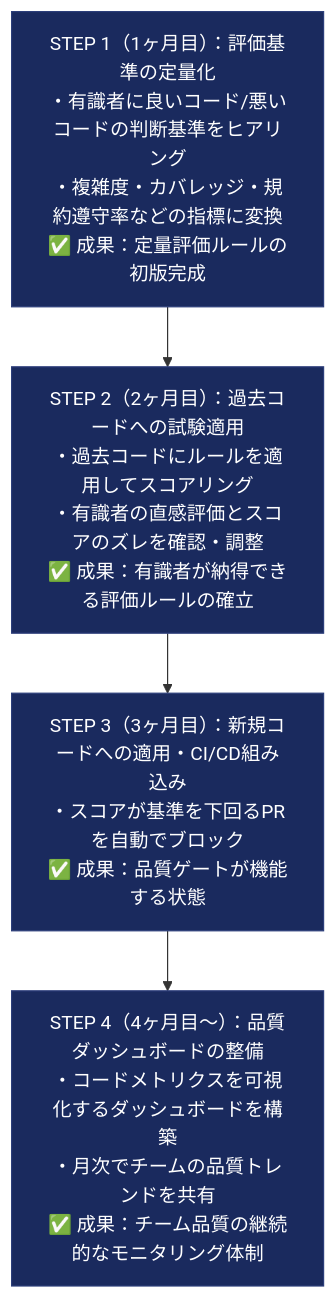
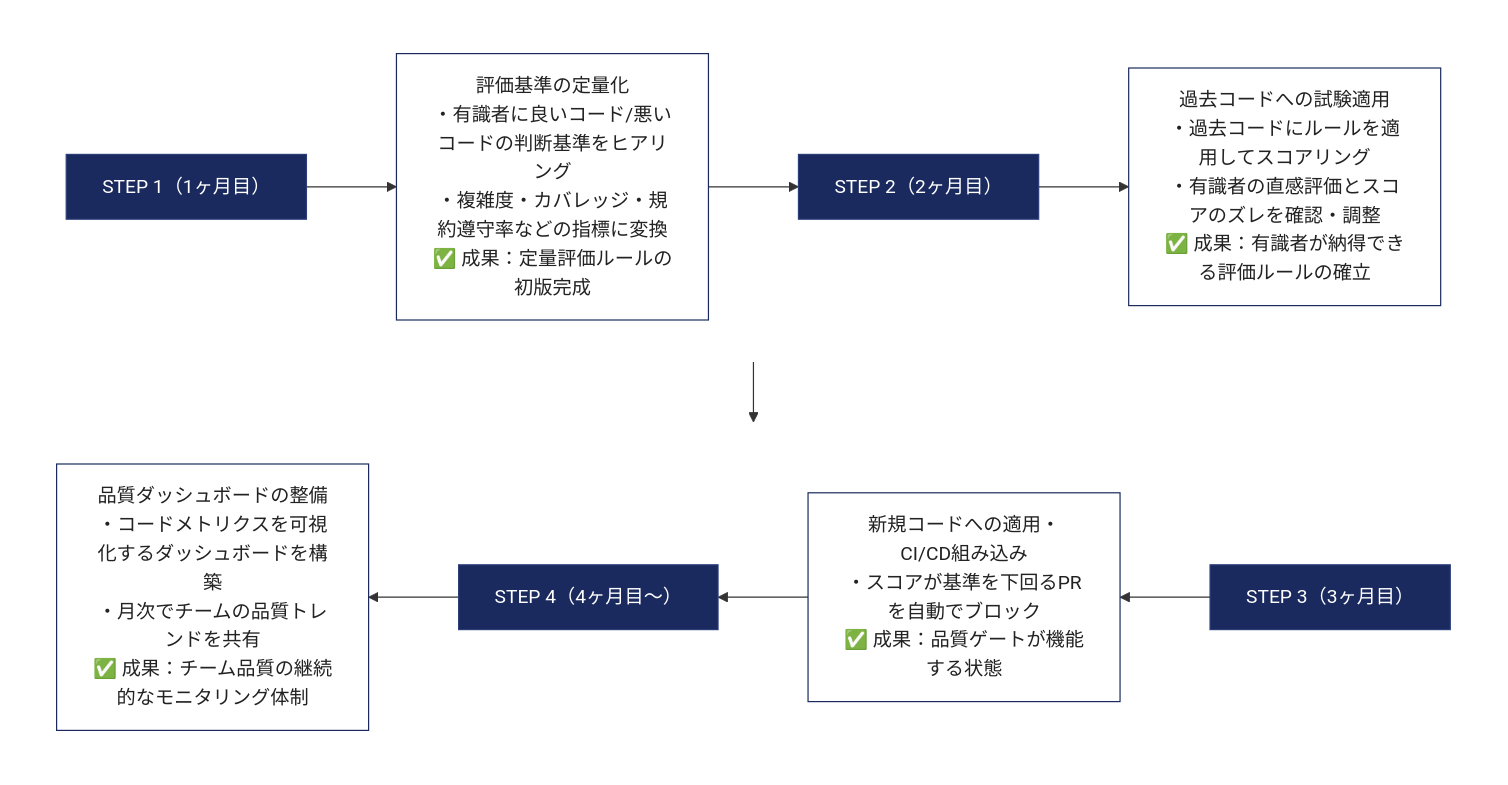
Before and after one commit to Kengo55555/My_Study: the second of 10 diagrams in AI_Idea/AI_ADOPTION_PROPOSAL.md, drawn with Mermaid. The commit also changed other lines of this file and 1 other file, not shown here.

Commit message:
Refactor proposal: bullet points, コ字 Mermaid layout, navy titles / white content nodes

````diff
--- a/AI_Idea/AI_ADOPTION_PROPOSAL.md
+++ b/AI_Idea/AI_ADOPTION_PROPOSAL.md
@@ -88,10 +104,22 @@
 ```mermaid
 flowchart TD
-    S1["STEP 1（1ヶ月目）：評価基準の定量化<br/>・有識者に良いコード/悪いコードの判断基準をヒアリング<br/>・複雑度・カバレッジ・規約遵守率などの指標に変換<br/>✅ 成果：定量評価ルールの初版完成"]
-    S2["STEP 2（2ヶ月目）：過去コードへの試験適用<br/>・過去コードにルールを適用してスコアリング<br/>・有識者の直感評価とスコアのズレを確認・調整<br/>✅ 成果：有識者が納得できる評価ルールの確立"]
-    S3["STEP 3（3ヶ月目）：新規コードへの適用・CI/CD組み込み<br/>・スコアが基準を下回るPRを自動でブロック<br/>✅ 成果：品質ゲートが機能する状態"]
-    S4["STEP 4（4ヶ月目〜）：品質ダッシュボードの整備<br/>・コードメトリクスを可視化するダッシュボードを構築<br/>・月次でチームの品質トレンドを共有<br/>✅ 成果：チーム品質の継続的なモニタリング体制"]
-    S1 --> S2 --> S3 --> S4
-    classDef stepNode fill:#1a2a5e,stroke:#2c3e7a,color:#fff
-    class S1,S2,S3,S4 stepNode
+    subgraph row1[" "]
+        direction LR
+        T1["STEP 1（1ヶ月目）"] --> C1["評価基準の定量化<br/>・有識者に良いコード/悪いコードの判断基準をヒアリング<br/>・複雑度・カバレッジ・規約遵守率などの指標に変換<br/>✅ 成果：定量評価ルールの初版完成"]
+        C1 --> T2["STEP 2（2ヶ月目）"]
+        T2 --> C2["過去コードへの試験適用<br/>・過去コードにルールを適用してスコアリング<br/>・有識者の直感評価とスコアのズレを確認・調整<br/>✅ 成果：有識者が納得できる評価ルールの確立"]
+    end
+    subgraph row2[" "]
+        direction RL
+        T3["STEP 3（3ヶ月目）"] --> C3["新規コードへの適用・CI/CD組み込み<br/>・スコアが基準を下回るPRを自動でブロック<br/>✅ 成果：品質ゲートが機能する状態"]
+        C3 --> T4["STEP 4（4ヶ月目〜）"]
+        T4 --> C4["品質ダッシュボードの整備<br/>・コードメトリクスを可視化するダッシュボードを構築<br/>・月次でチームの品質トレンドを共有<br/>✅ 成果：チーム品質の継続的なモニタリング体制"]
+    end
+    C2 --> T3
+    style row1 fill:transparent,stroke:transparent,color:transparent
+    style row2 fill:transparent,stroke:transparent,color:transparent
+    classDef title fill:#1a2a5e,stroke:#2c3e7a,color:#fff
+    classDef content fill:#fff,stroke:#1a2a5e,color:#222
+    class T1,T2,T3,T4 title
+    class C1,C2,C3,C4 content
 ```
````
